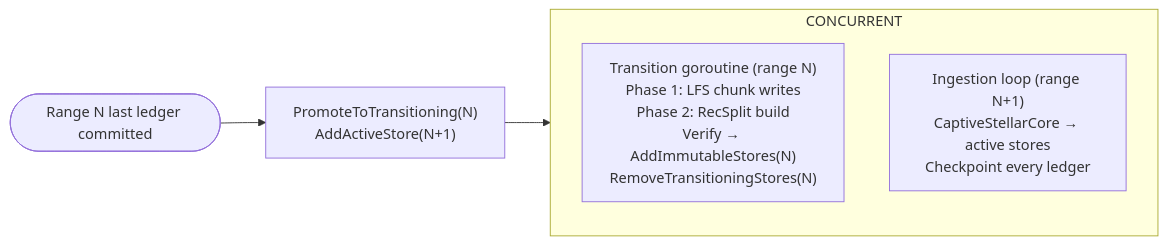
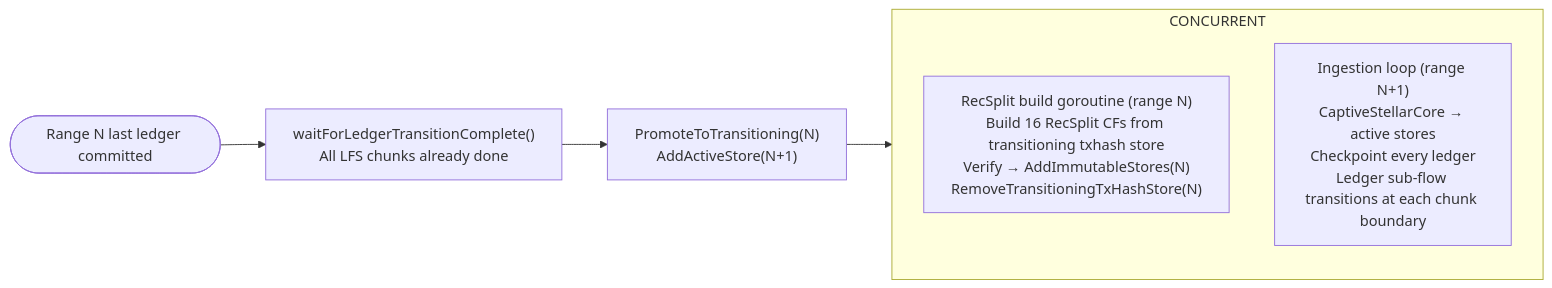
One commit to karthikiyer56/stellar-full-history-ingestion changed the second of 7 diagrams in design-docs-v2/08-query-routing.md. Above: the diagram before and after it, drawn with Mermaid. The commit also changed other lines of this file and 14 other files, not shown here.

First line of the commit message:
docs: fix streaming model — independent sub-flow transitions at chunk/range cadence

````diff
--- a/design-docs-v2/08-query-routing.md
+++ b/design-docs-v2/08-query-routing.md
@@ -393,13 +437,15 @@
 ```mermaid
 flowchart LR
     T0(["Range N last ledger committed"])
+    W["waitForLedgerTransitionComplete()<br/>All LFS chunks already done"]
     P["PromoteToTransitioning(N)<br/>AddActiveStore(N+1)"]
 
     subgraph CONCURRENT
-        TG["Transition goroutine (range N)<br/>Phase 1: LFS chunk writes<br/>Phase 2: RecSplit build<br/>Verify → AddImmutableStores(N)<br/>RemoveTransitioningStores(N)"]
-        IG["Ingestion loop (range N+1)<br/>CaptiveStellarCore → active stores<br/>Checkpoint every ledger"]
+        TG["RecSplit build goroutine (range N)<br/>Build 16 RecSplit CFs from transitioning txhash store<br/>Verify → AddImmutableStores(N)<br/>RemoveTransitioningTxHashStore(N)"]
+        IG["Ingestion loop (range N+1)<br/>CaptiveStellarCore → active stores<br/>Checkpoint every ledger<br/>Ledger sub-flow transitions at each chunk boundary"]
     end
 
-    T0 --> P
+    T0 --> W
+    W --> P
     P --> CONCURRENT
 ```
````
